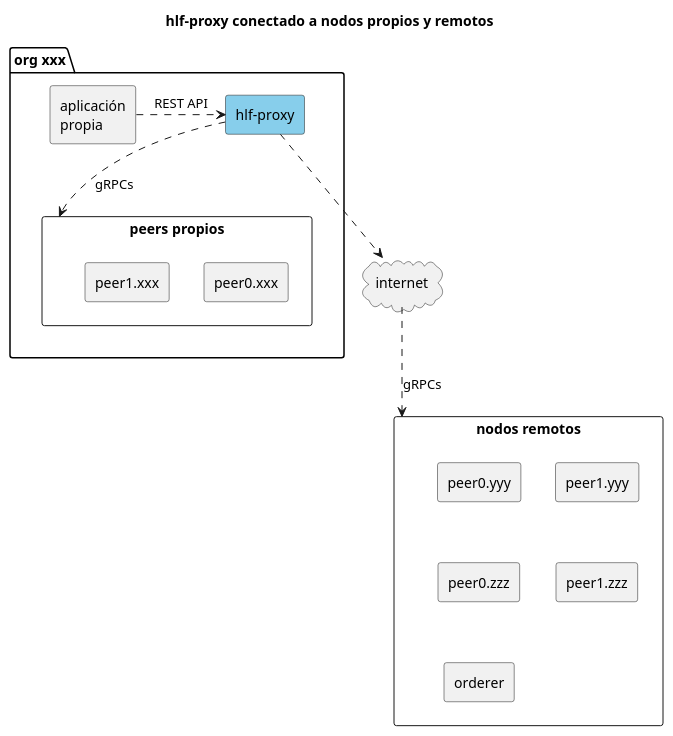
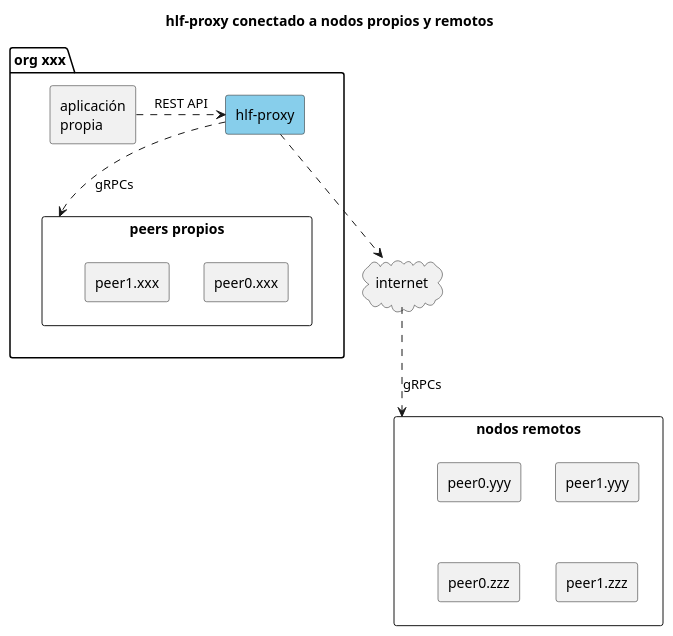
The diagram in applications/hlf-proxy/images/hlf-proxy-deploy-1.plantuml (padfed/padfed-doc), drawn with PlantUML before and after one commit. The commit also changed 3 other files, not shown here.

Commit message:
simpliica diagramas

```diff
--- a/applications/hlf-proxy/images/hlf-proxy-deploy-1.plantuml
+++ b/applications/hlf-proxy/images/hlf-proxy-deploy-1.plantuml
@@ -1,36 +1,34 @@
 @startuml hlf-proxy-deploy-1
 
 title hlf-proxy conectado a nodos propios y remotos
 
 skinparam componentStyle rectangle
 
 component "nodos remotos" as remotepeers {
     [peer0.yyy]
     [peer1.yyy]
     [peer0.zzz]
     [peer1.zzz]
-    [orderer]
 
     [peer0.yyy] -[hidden]down- [peer0.zzz]
     [peer1.yyy] -[hidden]down- [peer1.zzz]
     [peer0.yyy] -[hidden]right- [peer1.yyy]
-    [peer0.zzz] -[hidden]down- [orderer]
 }
 
 package "org xxx" as orgxxx {
     component [hlf-proxy] as proxy #SkyBlue
     component [aplicación\npropia] as app
     component "peers propios" as ownpeers {
         [peer0.xxx]
         [peer1.xxx]
     }
     app .right.> proxy : REST API
     proxy ..> ownpeers : gRPCs
 }
 
 cloud internet
 
 proxy ..> internet
 internet ..> remotepeers : gRPCs
 
 @enduml
```
